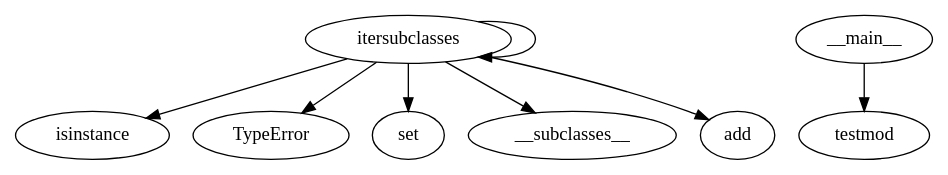
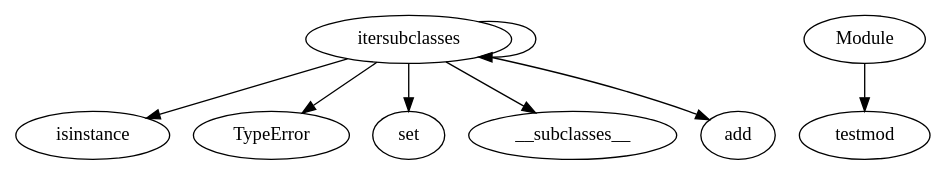
The diagram in CallGraph_dots/FindSubClassOfClass.dot (JordanCoyne97/Final_Year_Project), drawn with Graphviz before and after one commit. The commit also changed 164 other files, not shown here.

```diff
--- a/CallGraph_dots/FindSubClassOfClass.dot
+++ b/CallGraph_dots/FindSubClassOfClass.dot
@@ -1,17 +1,17 @@
 digraph  {
 itersubclasses;
 isinstance;
 TypeError;
 set;
 __subclasses__;
 add;
-__main__;
+Module;
 testmod;
 itersubclasses -> isinstance;
 itersubclasses -> TypeError;
 itersubclasses -> set;
 itersubclasses -> __subclasses__;
 itersubclasses -> add;
 itersubclasses -> itersubclasses;
-__main__ -> testmod;
+Module -> testmod;
 }
```
